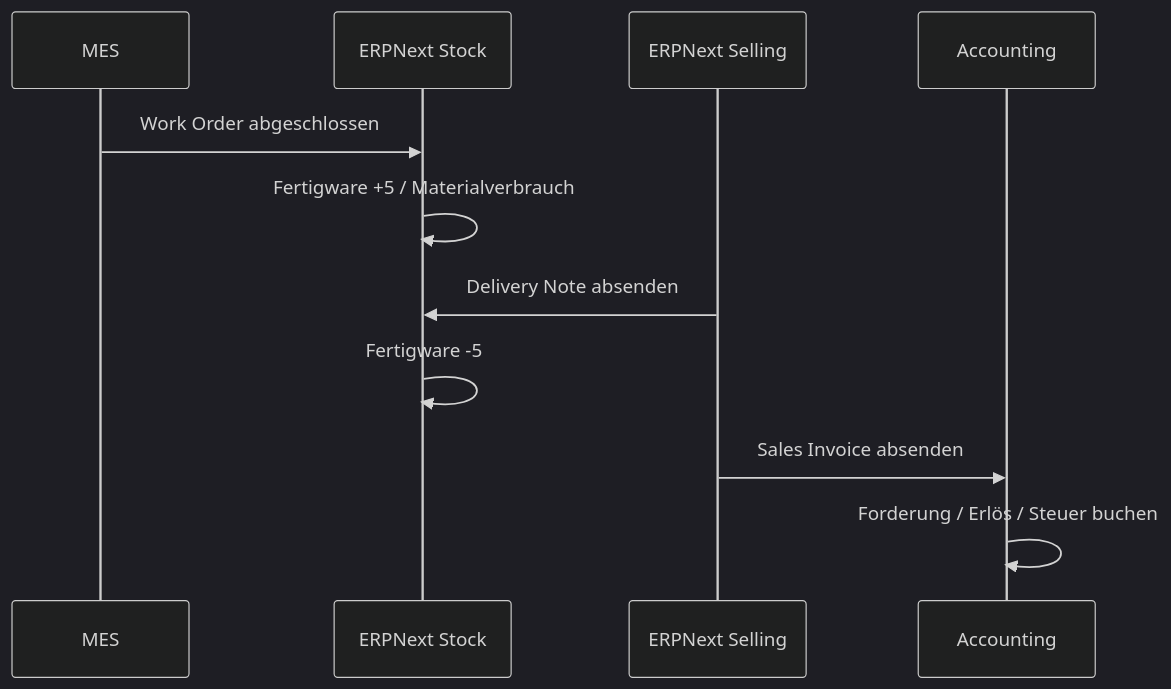
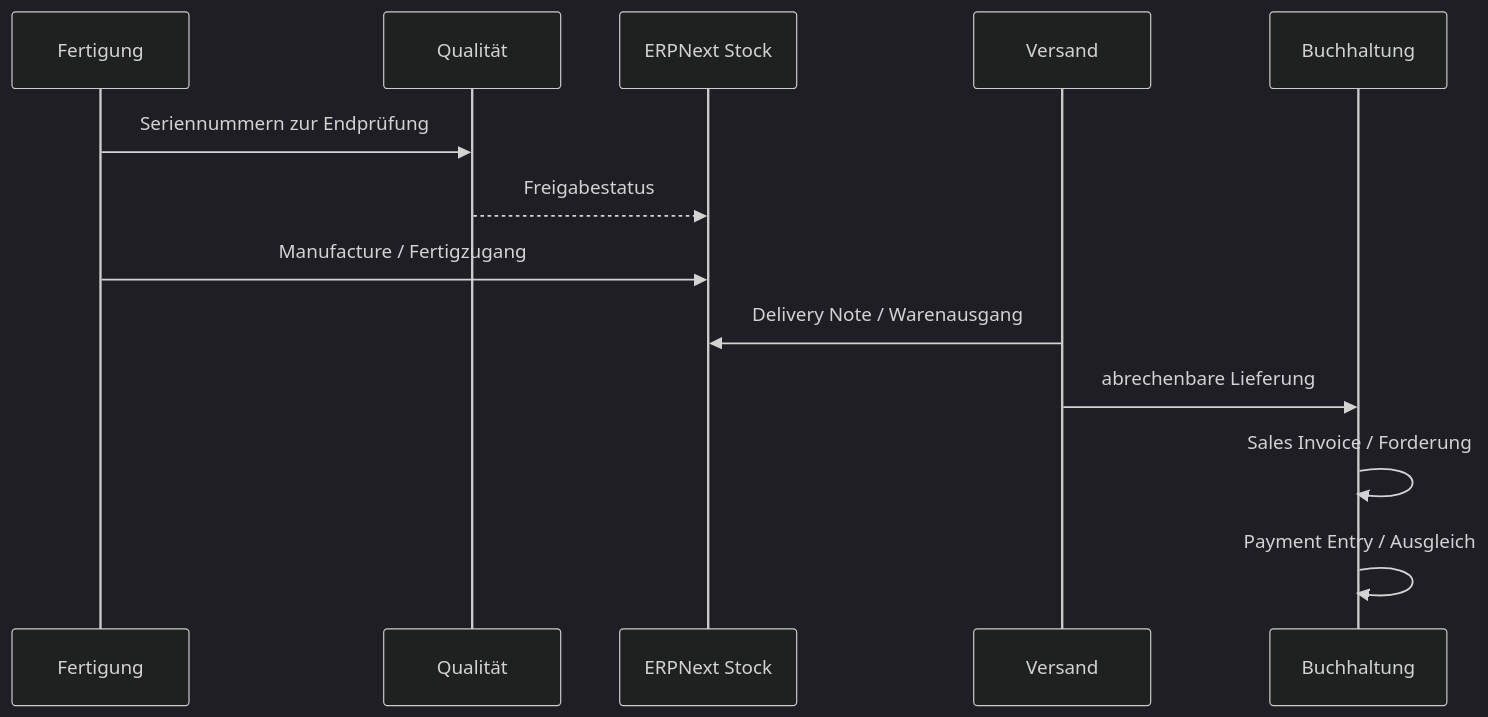
The diagram in docs/processes/order-to-cash/delivery-accounting.md (BasKjell/ERP_Eigenbau), drawn with Mermaid (dark theme) before and after one commit. The commit also changed other lines of this file and 247 other files, not shown here.

````diff
--- a/docs/processes/order-to-cash/delivery-accounting.md
+++ b/docs/processes/order-to-cash/delivery-accounting.md
@@ -28,13 +105,15 @@
 ```mermaid
 sequenceDiagram
-  participant MES
+  participant Prod as Fertigung
+  participant QC as Qualität
   participant Stock as ERPNext Stock
-  participant Sales as ERPNext Selling
-  participant GL as Accounting
-  MES->>Stock: Work Order abgeschlossen
-  Stock->>Stock: Fertigware +5 / Materialverbrauch
-  Sales->>Stock: Delivery Note absenden
-  Stock->>Stock: Fertigware -5
-  Sales->>GL: Sales Invoice absenden
-  GL->>GL: Forderung / Erlös / Steuer buchen
+  participant Ship as Versand
+  participant GL as Buchhaltung
+  Prod->>QC: Seriennummern zur Endprüfung
+  QC-->>Stock: Freigabestatus
+  Prod->>Stock: Manufacture / Fertigzugang
+  Ship->>Stock: Delivery Note / Warenausgang
+  Ship->>GL: abrechenbare Lieferung
+  GL->>GL: Sales Invoice / Forderung
+  GL->>GL: Payment Entry / Ausgleich
 ```
````
